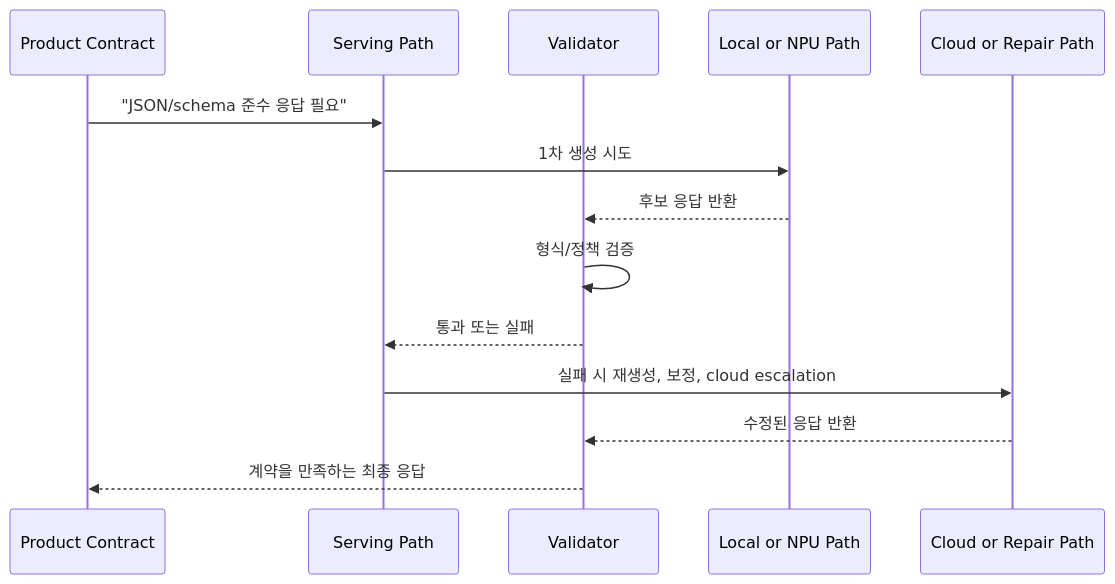
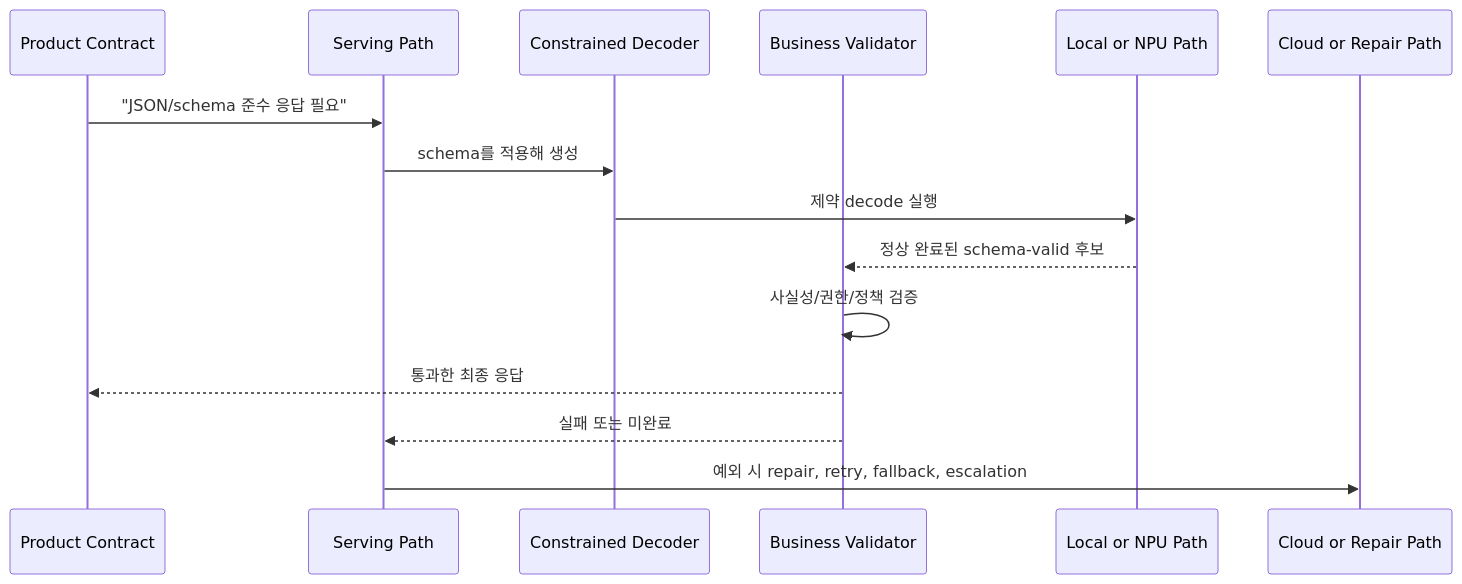
One commit to sweetcocoa/advanced-llm-serving changed the second of 2 diagrams in study/llm-serving-npu-roadmap/07-synthesis/03-2026-trend-watch/README.md. Above: the diagram before and after it, drawn with Mermaid. The commit also changed other lines of this file and 6 other files, not shown here.

````diff
--- a/study/llm-serving-npu-roadmap/07-synthesis/03-2026-trend-watch/README.md
+++ b/study/llm-serving-npu-roadmap/07-synthesis/03-2026-trend-watch/README.md
@@ -101,16 +105,17 @@
 ```mermaid
 sequenceDiagram
     participant P as Product Contract
     participant S as Serving Path
-    participant V as Validator
+    participant D as Constrained Decoder
+    participant V as Business Validator
     participant L as Local or NPU Path
     participant C as Cloud or Repair Path
     P->>S: "JSON/schema 준수 응답 필요"
-    S->>L: 1차 생성 시도
-    L-->>V: 후보 응답 반환
-    V->>V: 형식/정책 검증
-    V-->>S: 통과 또는 실패
-    S->>C: 실패 시 재생성, 보정, cloud escalation
-    C-->>V: 수정된 응답 반환
-    V-->>P: 계약을 만족하는 최종 응답
+    S->>D: schema를 적용해 생성
+    D->>L: 제약 decode 실행
+    L-->>V: 정상 완료된 schema-valid 후보
+    V->>V: 사실성/권한/정책 검증
+    V-->>P: 통과한 최종 응답
+    V-->>S: 실패 또는 미완료
+    S->>C: 예외 시 repair, retry, fallback, escalation
 ```
````
